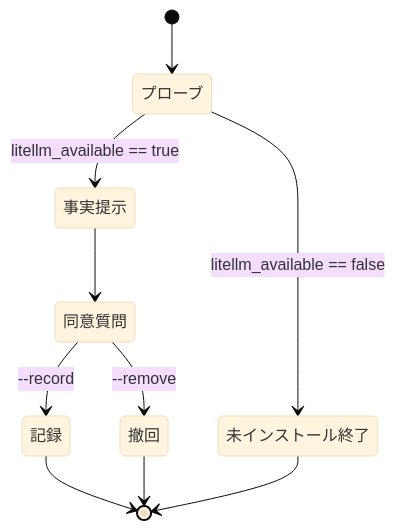
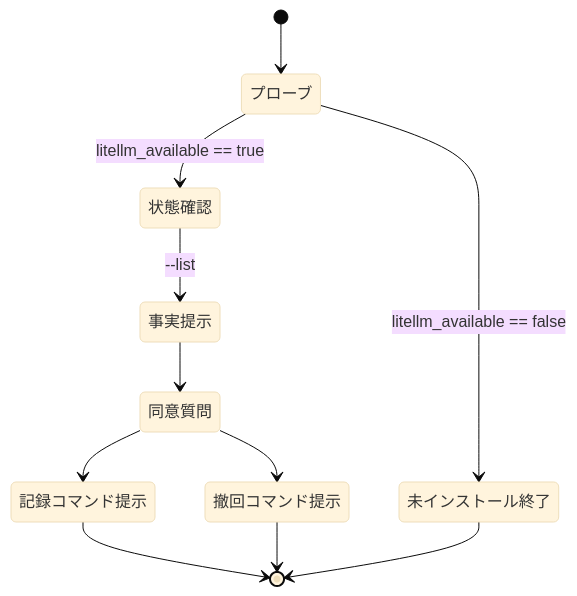
The first of 2 diagrams in feature-docs/muse-spark-contributor-consent/REQUIREMENTS.md (m-m-n/em-claude-plugins), drawn with Mermaid (base theme) before and after one commit. The commit also changed other lines of this file and 2 other files, not shown here.

````diff
--- a/feature-docs/muse-spark-contributor-consent/REQUIREMENTS.md
+++ b/feature-docs/muse-spark-contributor-consent/REQUIREMENTS.md
@@ -458,12 +508,13 @@
 ```mermaid
 stateDiagram-v2
     [*] --> プローブ
     プローブ --> 未インストール終了: litellm_available == false
-    プローブ --> 事実提示: litellm_available == true
+    プローブ --> 状態確認: litellm_available == true
+    状態確認 --> 事実提示: --list
     事実提示 --> 同意質問
-    同意質問 --> 記録: --record
-    同意質問 --> 撤回: --remove
-    記録 --> [*]
-    撤回 --> [*]
+    同意質問 --> 記録コマンド提示
+    同意質問 --> 撤回コマンド提示
+    記録コマンド提示 --> [*]
+    撤回コマンド提示 --> [*]
     未インストール終了 --> [*]
 ```
````
